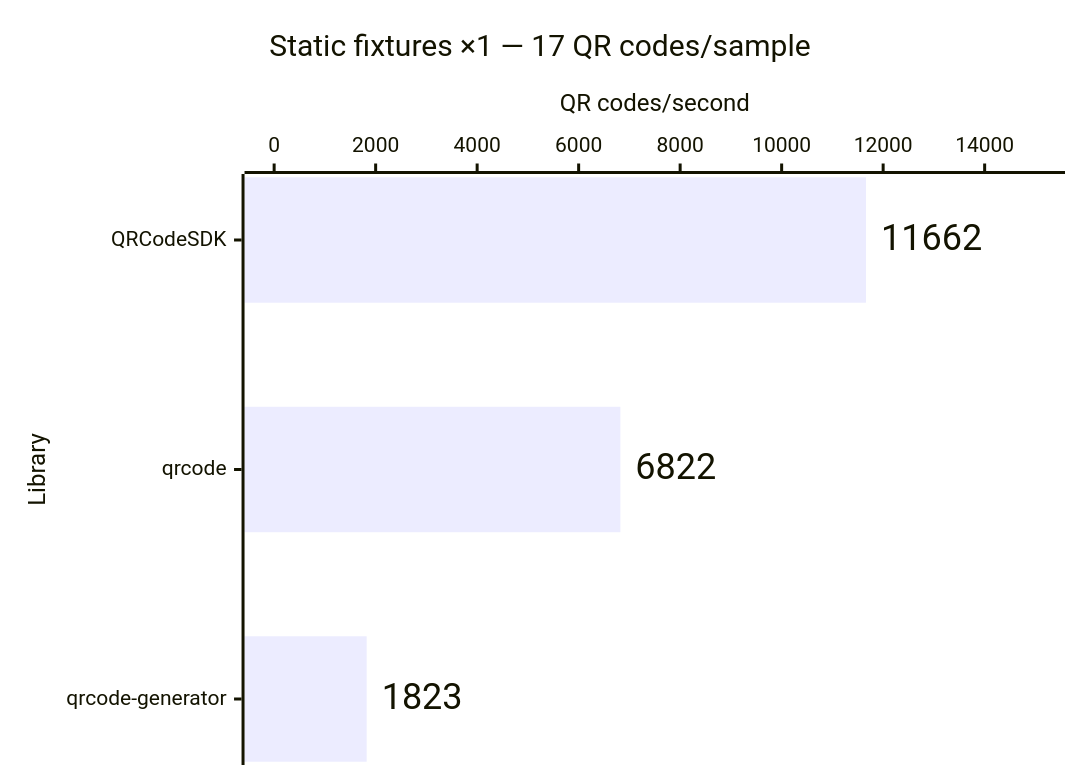
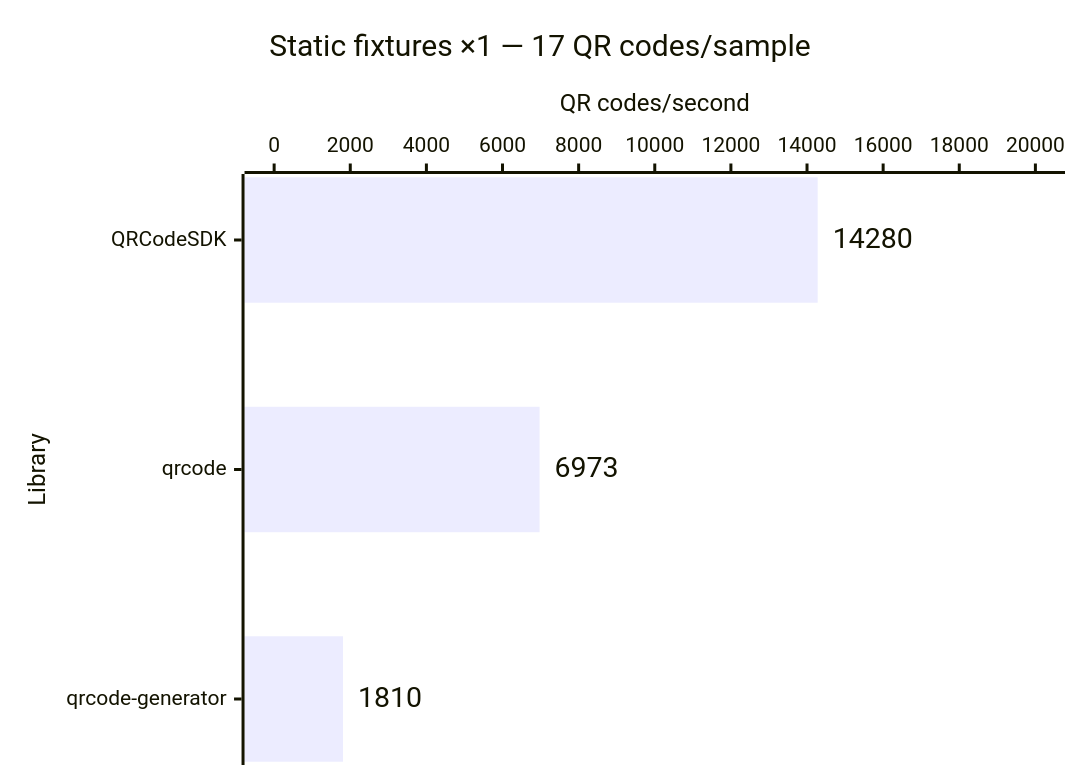
Before and after one commit to Dafnik/qrcodesdk: the first of 14 diagrams in apps/docs/src/content/docs/learn/performance.md, drawn with Mermaid. The commit also changed other lines of this file and 417 other files, not shown here.

````diff
--- a/apps/docs/src/content/docs/learn/performance.md
+++ b/apps/docs/src/content/docs/learn/performance.md
@@ -29,15 +29,15 @@
 ```mermaid
 ---
 config:
   xyChart:
     showDataLabel: true
     showDataLabelOutsideBar: true
 ---
 xychart horizontal
   accTitle: Matrix generation: Static fixtures ×1 — 17 QR codes/sample
-  accDescr: Throughput calculated from median time. QRCodeSDK 11,662 QR codes per second, qrcode 6,822 QR codes per second, qrcode-generator 1,823 QR codes per second. Higher is better.
+  accDescr: Throughput calculated from median time. QRCodeSDK 14,280 QR codes per second, qrcode 6,973 QR codes per second, qrcode-generator 1,810 QR codes per second. Higher is better.
   title "Static fixtures ×1 — 17 QR codes/sample"
   x-axis "Library" ["QRCodeSDK", "qrcode", "qrcode-generator"]
-  y-axis "QR codes/second" 0 --> 15000
-  bar [11662, 6822, 1823]
+  y-axis "QR codes/second" 0 --> 20000
+  bar [14280, 6973, 1810]
 ```
````
